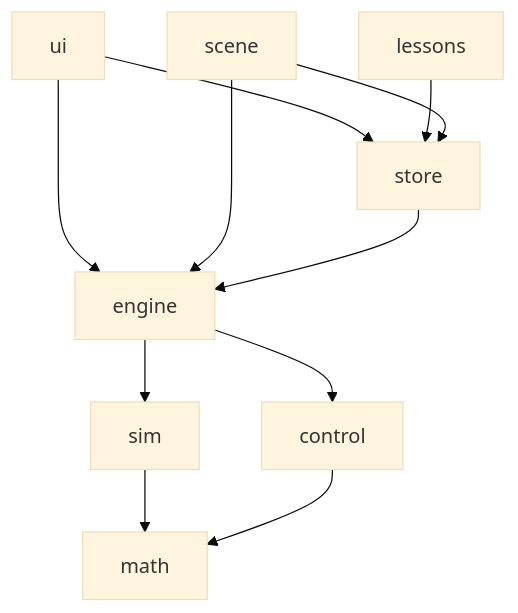
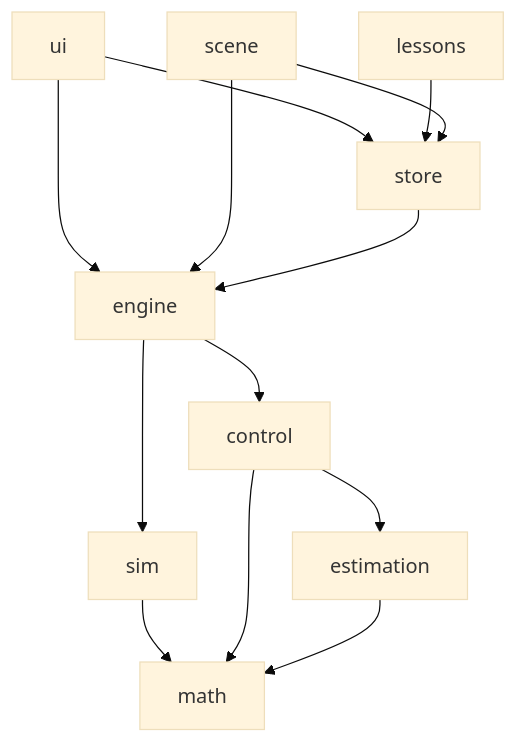
The diagram in docs/software-architecture.md (wojciech-stelmaszewski/anemostatos), drawn with Mermaid (base theme) before and after one commit. The commit also changed other lines of this file and 32 other files, not shown here.

````diff
--- a/docs/software-architecture.md
+++ b/docs/software-architecture.md
@@ -84,13 +87,15 @@
 ```mermaid
 flowchart TD
     ui --> store
     ui --> engine
     lessons --> store
     scene --> engine
     scene --> store
     store --> engine
     engine --> sim
     engine --> control
     sim --> math
     control --> math
+    control --> estimation
+    estimation --> math
 ```
````
